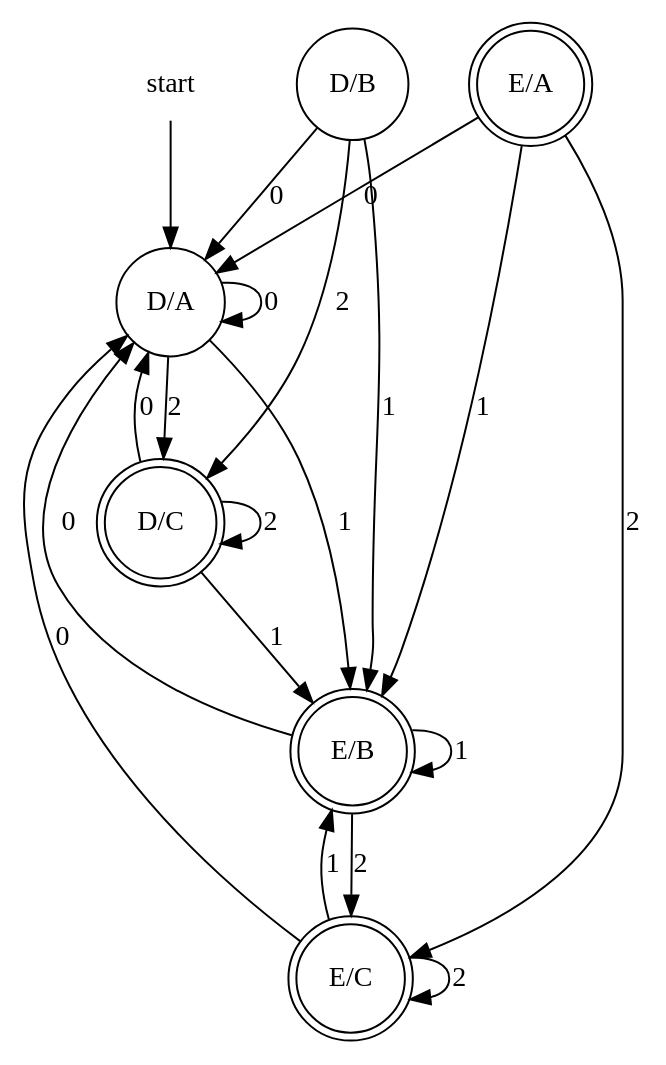
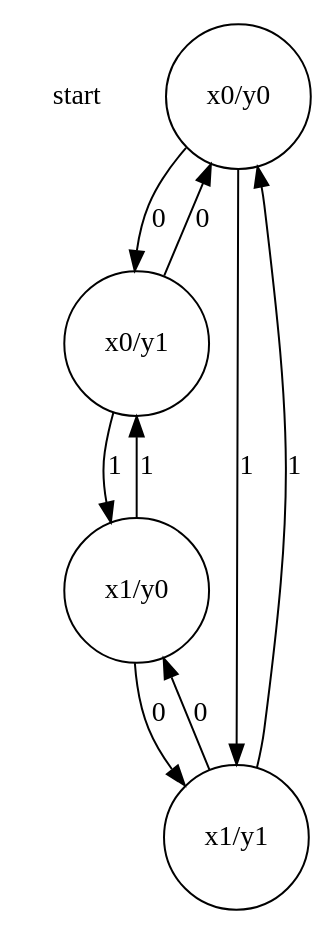
The diagram in stijn/product_union.gv (evertheylen/TA_TO), drawn with Graphviz before and after one commit. The commit also changed 16 other files, not shown here.

```diff
--- a/stijn/product_union.gv
+++ b/stijn/product_union.gv
@@ -1,24 +1,13 @@
 digraph product_union {
 	node [shape=none]; start;
-	node [shape=doublecircle]; "D/C" "E/A" "E/B" "E/C";
+	node [shape=doublecircle];
 	node [shape=circle];
-	start -> "D/A";
-	"D/A" -> "D/A" [label=0];
-	"D/A" -> "E/B" [label=1];
-	"D/A" -> "D/C" [label=2];
-	"D/B" -> "D/A" [label=0];
-	"D/B" -> "E/B" [label=1];
-	"D/B" -> "D/C" [label=2];
-	"D/C" -> "D/A" [label=0];
-	"D/C" -> "E/B" [label=1];
-	"D/C" -> "D/C" [label=2];
-	"E/A" -> "D/A" [label=0];
-	"E/A" -> "E/B" [label=1];
-	"E/A" -> "E/C" [label=2];
-	"E/B" -> "D/A" [label=0];
-	"E/B" -> "E/B" [label=1];
-	"E/B" -> "E/C" [label=2];
-	"E/C" -> "D/A" [label=0];
-	"E/C" -> "E/B" [label=1];
-	"E/C" -> "E/C" [label=2];
+	"x0/y0" -> "x0/y1" [label=0];
+	"x0/y0" -> "x1/y1" [label=1];
+	"x0/y1" -> "x0/y0" [label=0];
+	"x0/y1" -> "x1/y0" [label=1];
+	"x1/y0" -> "x1/y1" [label=0];
+	"x1/y0" -> "x0/y1" [label=1];
+	"x1/y1" -> "x1/y0" [label=0];
+	"x1/y1" -> "x0/y0" [label=1];
 }
```
